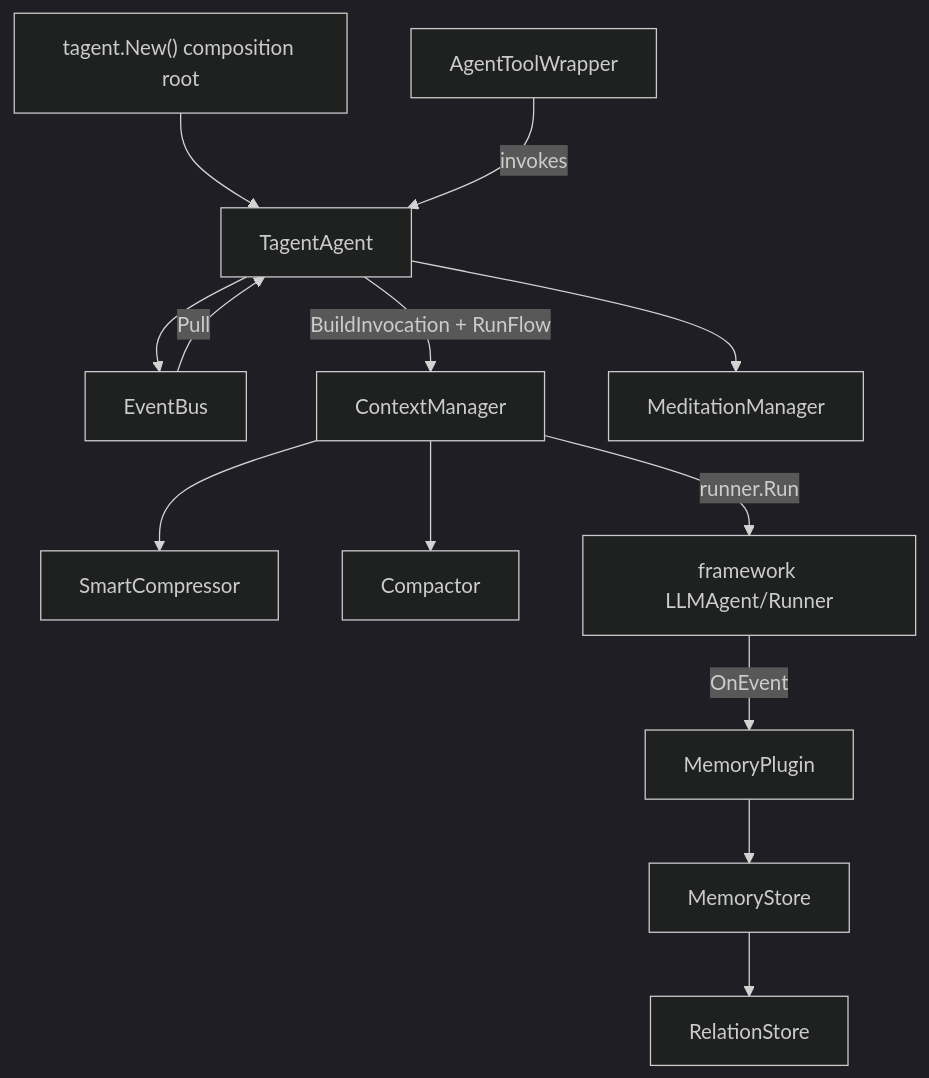
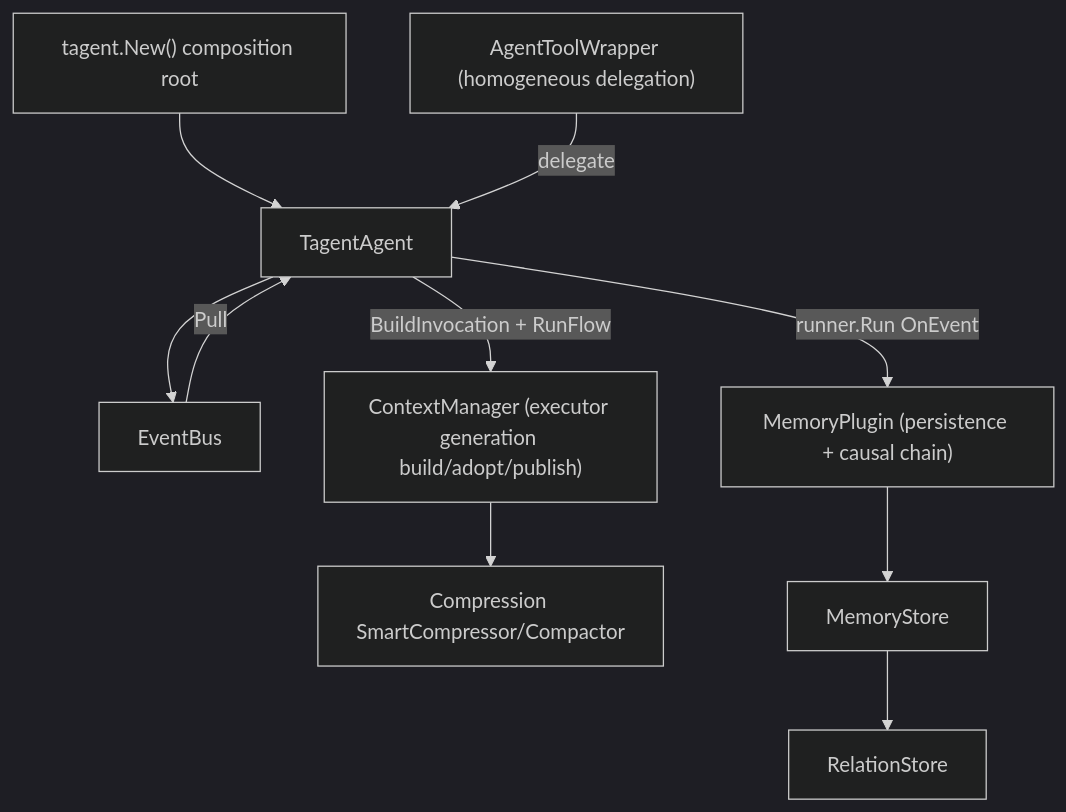
Before and after one commit to SpellingDragon/tagent: the second of 2 diagrams in README_EN.md, drawn with Mermaid (dark theme). The commit also changed other lines of this file and 1 other file, not shown here.

````diff
--- a/README_EN.md
+++ b/README_EN.md
@@ -225,27 +59,16 @@
 ```mermaid
 graph TB
     ROOT["tagent.New() composition root"]
     TA["TagentAgent"]
     EB["EventBus"]
-    CM["ContextManager"]
-    SC["SmartCompressor"]
-    CP["Compactor"]
-    MM["MeditationManager"]
-    MP["MemoryPlugin"]
+    CM["ContextManager (executor generation build/adopt/publish)"]
+    SC["Compression SmartCompressor/Compactor"]
+    MP["MemoryPlugin (persistence + causal chain)"]
     MS["MemoryStore"]
     RS["RelationStore"]
-    ATW["AgentToolWrapper"]
-
-    ROOT --> TA
-    TA --> EB
-    EB -->|Pull| TA
-    TA -->|BuildInvocation + RunFlow| CM
-    CM --> SC
-    CM --> CP
-    CM -->|runner.Run| LLMAGENT["framework LLMAgent/Runner"]
-    LLMAGENT -->|OnEvent| MP
-    MP --> MS
-    MS --> RS
-    ATW -->|invokes| TA
-    TA --> MM
+    ATW["AgentToolWrapper (homogeneous delegation)"]
+    ROOT --> TA --> EB -->|Pull| TA
+    TA -->|BuildInvocation + RunFlow| CM --> SC
+    TA -->|runner.Run OnEvent| MP --> MS --> RS
+    ATW -->|delegate| TA
 ```
````
